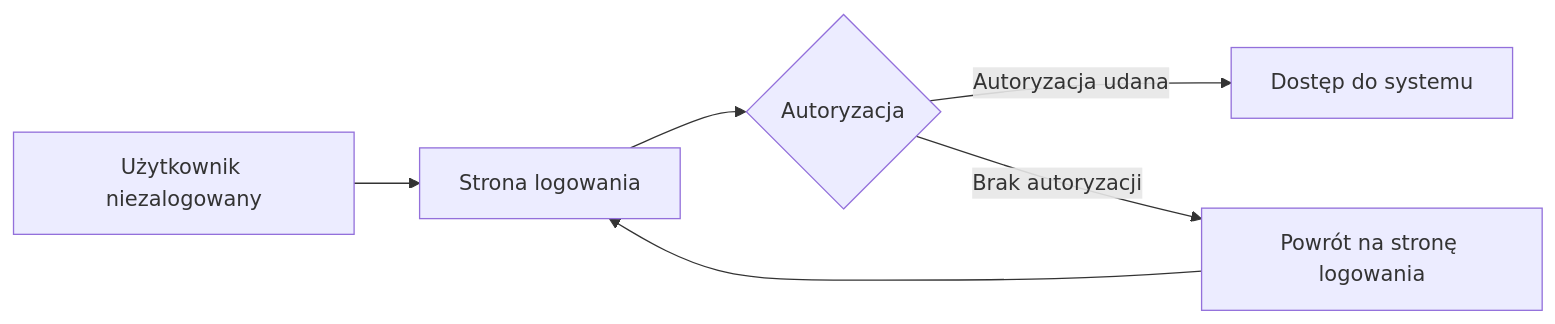
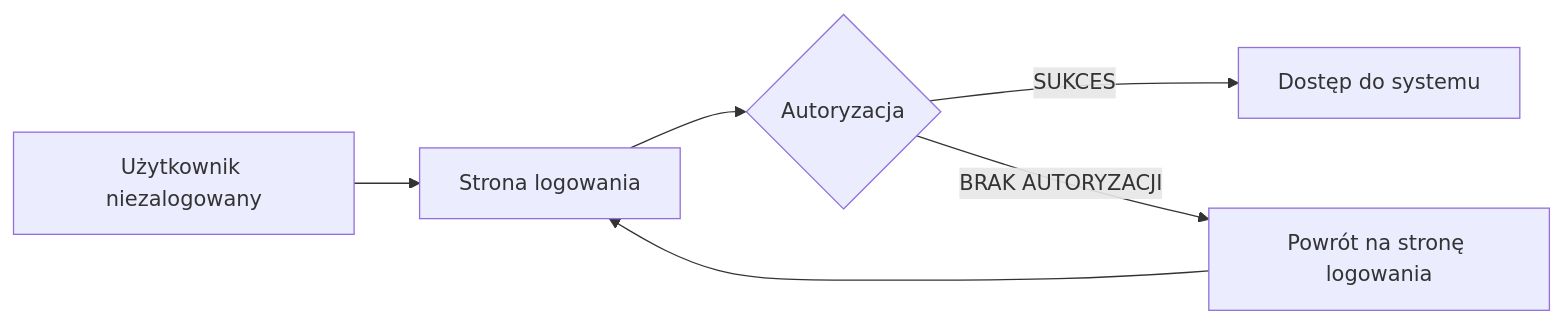
Before and after one commit to ArkadiuszBorkowski/Insurance-Management-System: the first of 5 diagrams in README.md, drawn with Mermaid. The commit also changed other lines of this file, not shown here.

````diff
--- a/README.md
+++ b/README.md
@@ -24,8 +24,8 @@
 ```mermaid
 flowchart LR
     A[Użytkownik niezalogowany] --> B[Strona logowania]
     B --> C{Autoryzacja}
-    C -->|Autoryzacja udana| D[Dostęp do systemu]
-    C -->|Brak autoryzacji| E[Powrót na stronę logowania]
+    C -->|SUKCES| D[Dostęp do systemu]
+    C -->|BRAK AUTORYZACJI| E[Powrót na stronę logowania]
     E --> B
 ```
````
